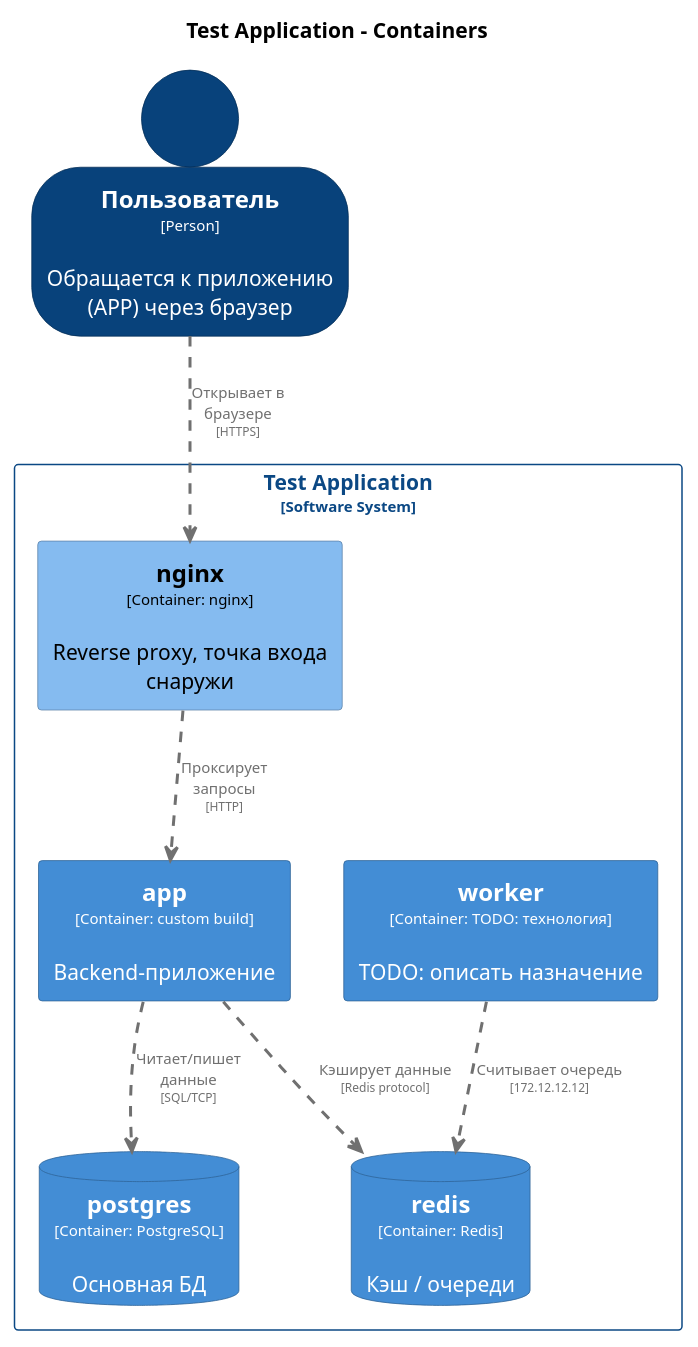
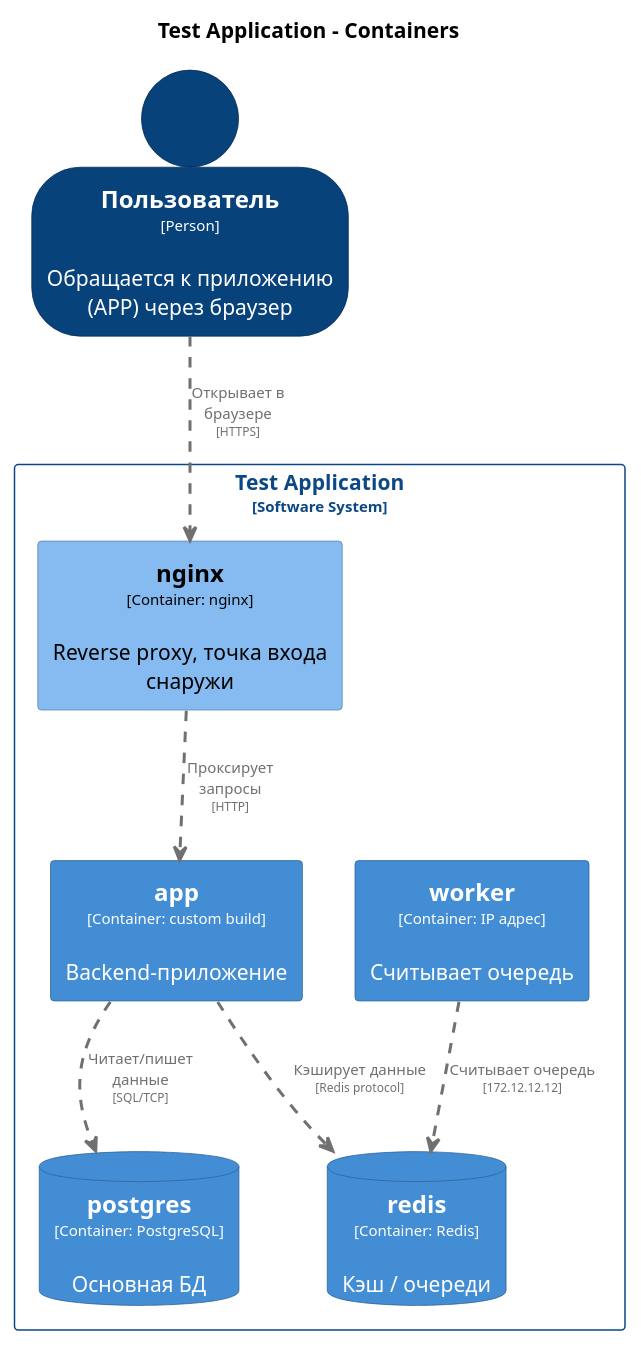
Before and after one commit to dmitryimalkov/cicd: the diagram in architecture/diagrams/structurizr-Containers.puml, drawn with PlantUML. The commit also changed 1 other file, not shown here.

Commit message:
docs: auto-sync architecture with docker-compose

```diff
--- a/architecture/diagrams/structurizr-Containers.puml
+++ b/architecture/diagrams/structurizr-Containers.puml
@@ -1,73 +1,73 @@
 @startuml
 set separator none
 title Test Application - Containers
 
 top to bottom direction
 
 skinparam {
   arrowFontSize 10
   defaultTextAlignment center
   wrapWidth 200
   maxMessageSize 100
 }
 
 hide stereotype
 
 skinparam rectangle<<TestApplication.app>> {
   BackgroundColor #438dd5
   FontColor #ffffff
   BorderColor #2e6295
   shadowing false
 }
 skinparam rectangle<<TestApplication.nginx>> {
   BackgroundColor #85bbf0
   FontColor #000000
   BorderColor #5d82a8
   shadowing false
 }
 skinparam database<<TestApplication.postgres>> {
   BackgroundColor #438dd5
   FontColor #ffffff
   BorderColor #2e6295
   shadowing false
 }
 skinparam database<<TestApplication.redis>> {
   BackgroundColor #438dd5
   FontColor #ffffff
   BorderColor #2e6295
   shadowing false
 }
 skinparam rectangle<<TestApplication.worker>> {
   BackgroundColor #438dd5
   FontColor #ffffff
   BorderColor #2e6295
   shadowing false
 }
 skinparam person<<Пользователь>> {
   BackgroundColor #08427b
   FontColor #ffffff
   BorderColor #052e56
   shadowing false
 }
 skinparam rectangle<<TestApplication>> {
   BorderColor #0b4884
   FontColor #0b4884
   shadowing false
 }
 
 person "==Пользователь\n<size:10>[Person]</size>\n\nОбращается к приложению (APP) через браузер" <<Пользователь>> as Пользователь
 
 rectangle "Test Application\n<size:10>[Software System]</size>" <<TestApplication>> {
-  rectangle "==worker\n<size:10>[Container: TODO: технология]</size>\n\nTODO: описать назначение" <<TestApplication.worker>> as TestApplication.worker
+  rectangle "==worker\n<size:10>[Container: IP адрес]</size>\n\nСчитывает очередь" <<TestApplication.worker>> as TestApplication.worker
   rectangle "==nginx\n<size:10>[Container: nginx]</size>\n\nReverse proxy, точка входа снаружи" <<TestApplication.nginx>> as TestApplication.nginx
   rectangle "==app\n<size:10>[Container: custom build]</size>\n\nBackend-приложение" <<TestApplication.app>> as TestApplication.app
   database "==postgres\n<size:10>[Container: PostgreSQL]</size>\n\nОсновная БД" <<TestApplication.postgres>> as TestApplication.postgres
   database "==redis\n<size:10>[Container: Redis]</size>\n\nКэш / очереди" <<TestApplication.redis>> as TestApplication.redis
 }
 
 TestApplication.app .[#707070,thickness=2].> TestApplication.postgres : "<color:#707070>Читает/пишет данные\n<color:#707070><size:8>[SQL/TCP]</size>"
 TestApplication.app .[#707070,thickness=2].> TestApplication.redis : "<color:#707070>Кэширует данные\n<color:#707070><size:8>[Redis protocol]</size>"
 TestApplication.worker .[#707070,thickness=2].> TestApplication.redis : "<color:#707070>Считывает очередь\n<color:#707070><size:8>[172.12.12.12]</size>"
 Пользователь .[#707070,thickness=2].> TestApplication.nginx : "<color:#707070>Открывает в браузере\n<color:#707070><size:8>[HTTPS]</size>"
 TestApplication.nginx .[#707070,thickness=2].> TestApplication.app : "<color:#707070>Проксирует запросы\n<color:#707070><size:8>[HTTP]</size>"
 @enduml
```
